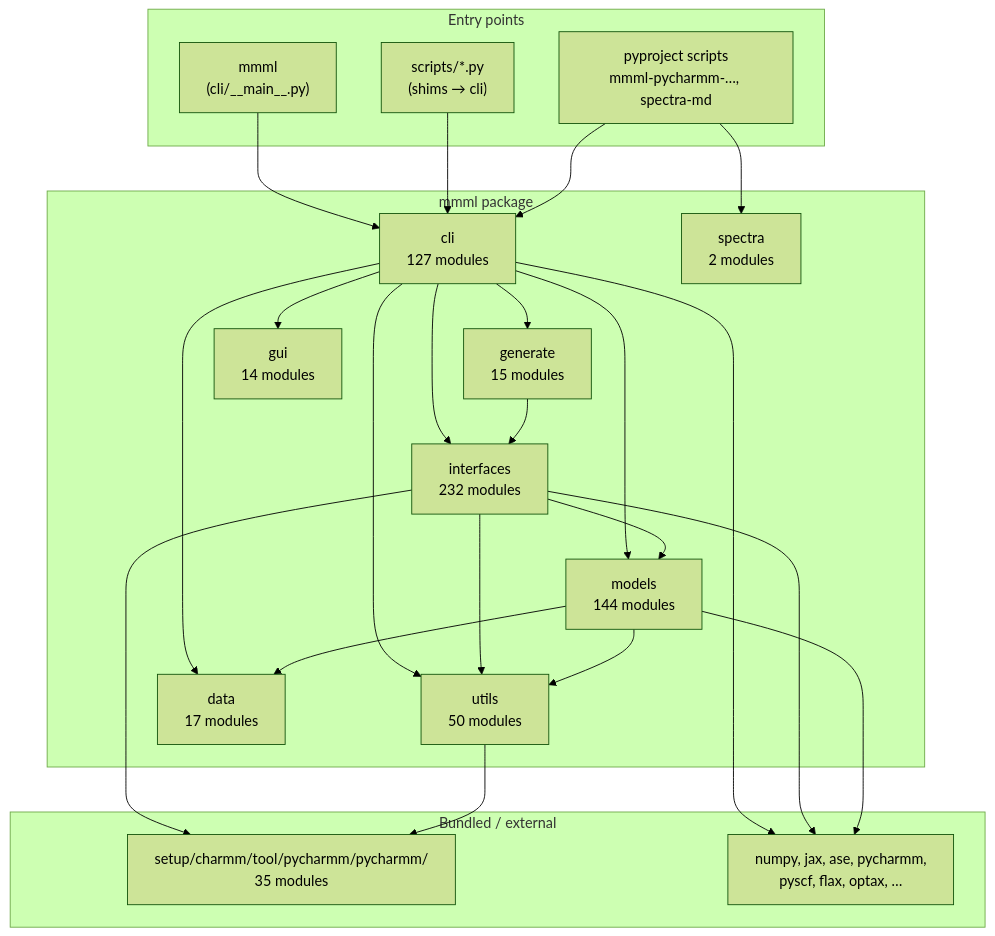
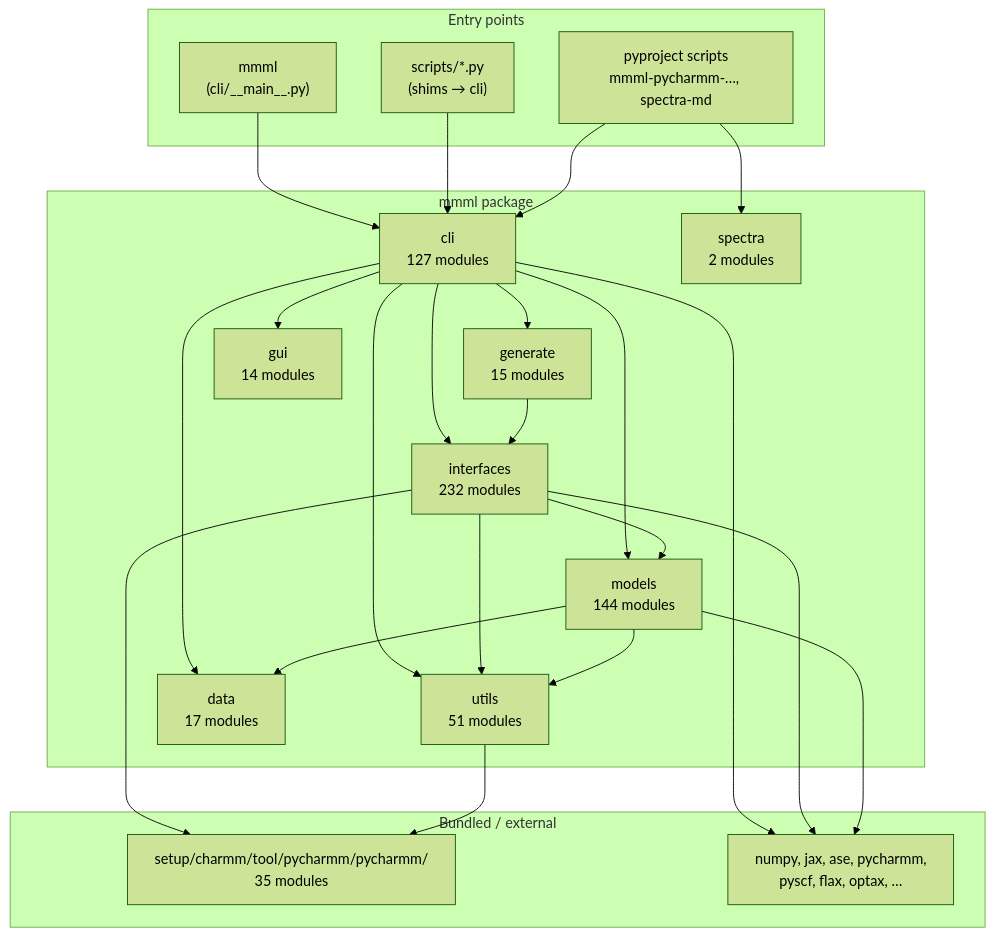
Before and after one commit to EricBoittier/mmml: the first of 8 diagrams in docs/package-architecture.md, drawn with Mermaid (forest theme).

Commit message:
docs: refresh package-architecture counts for mmml/utils/training_run_check.py
utils 50 -> 51. The counts are generated from the tree and gated in CI, so any
commit adding a module has to carry the refresh.

````diff
--- a/docs/package-architecture.md
+++ b/docs/package-architecture.md
@@ -13,48 +13,48 @@
 ```mermaid
 flowchart TB
   subgraph entry["Entry points"]
     MMML["mmml\n(cli/__main__.py)"]
     SCRIPTS["scripts/*.py\n(shims → cli)"]
     PKG["pyproject scripts\nmmml-pycharmm-…, spectra-md"]
   end
 
   subgraph mmml_pkg["mmml package"]
     CLI["cli\n127 modules"]
     IFACE["interfaces\n232 modules"]
     MODELS["models\n144 modules"]
-    UTILS["utils\n50 modules"]
+    UTILS["utils\n51 modules"]
     DATA["data\n17 modules"]
     GEN["generate\n15 modules"]
     GUI["gui\n14 modules"]
     SPEC["spectra\n2 modules"]
   end
 
   subgraph vendor["Bundled / external"]
     PYCH["setup/charmm/tool/pycharmm/pycharmm/\n35 modules"]
     EXT["numpy, jax, ase, pycharmm,\npyscf, flax, optax, …"]
   end
 
   MMML --> CLI
   SCRIPTS --> CLI
   PKG --> CLI
   PKG --> SPEC
 
   CLI --> IFACE
   CLI --> MODELS
   CLI --> DATA
   CLI --> UTILS
   CLI --> GEN
   CLI --> GUI
 
   IFACE --> MODELS
   IFACE --> UTILS
   IFACE --> PYCH
   MODELS --> UTILS
   MODELS --> DATA
   UTILS --> PYCH
   GEN --> IFACE
 
   CLI --> EXT
   IFACE --> EXT
   MODELS --> EXT
 ```
````
